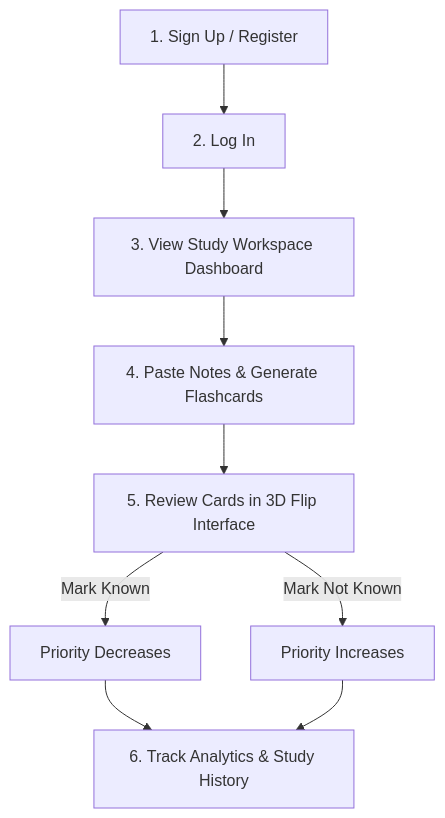
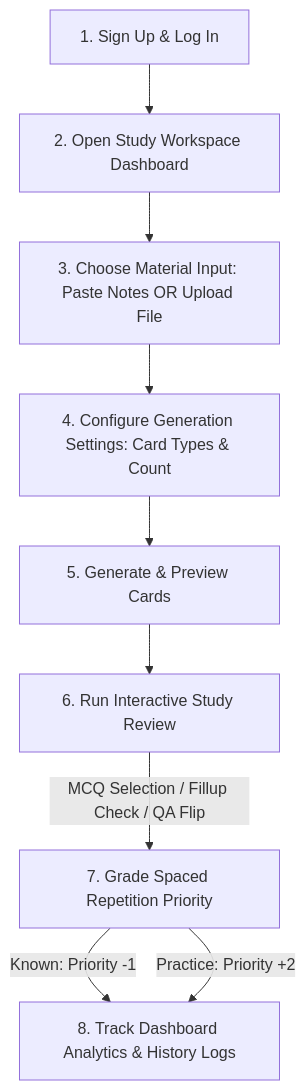
The diagram in user_workflow.md (sanjaikumarkaleeswaran/FlashCardGenerator), drawn with Mermaid before and after one commit. The commit also changed other lines of this file and 17 other files, not shown here.

Commit message:
Upgrade SmartFlash workspace: add document uploads, scrollable card faces, custom counts/formats, and full CRUD operations on sets and cards

````diff
--- a/user_workflow.md
+++ b/user_workflow.md
@@ -9,11 +9,11 @@
 ```mermaid
 graph TD
-    A[1. Sign Up / Register] --> B[2. Log In]
-    B --> C[3. View Study Workspace Dashboard]
-    C --> D[4. Paste Notes & Generate Flashcards]
-    D --> E[5. Review Cards in 3D Flip Interface]
-    E -->|Mark Known| F[Priority Decreases]
-    E -->|Mark Not Known| G[Priority Increases]
-    F --> H[6. Track Analytics & Study History]
-    G --> H
+    A[1. Sign Up & Log In] --> B[2. Open Study Workspace Dashboard]
+    B --> C[3. Choose Material Input: Paste Notes OR Upload File]
+    C --> D[4. Configure Generation Settings: Card Types & Count]
+    D --> E[5. Generate & Preview Cards]
+    E --> F[6. Run Interactive Study Review]
+    F -->|MCQ Selection / Fillup Check / QA Flip| G[7. Grade Spaced Repetition Priority]
+    G -->|Known: Priority -1| H[8. Track Dashboard Analytics & History Logs]
+    G -->|Practice: Priority +2| H
 ```
````
